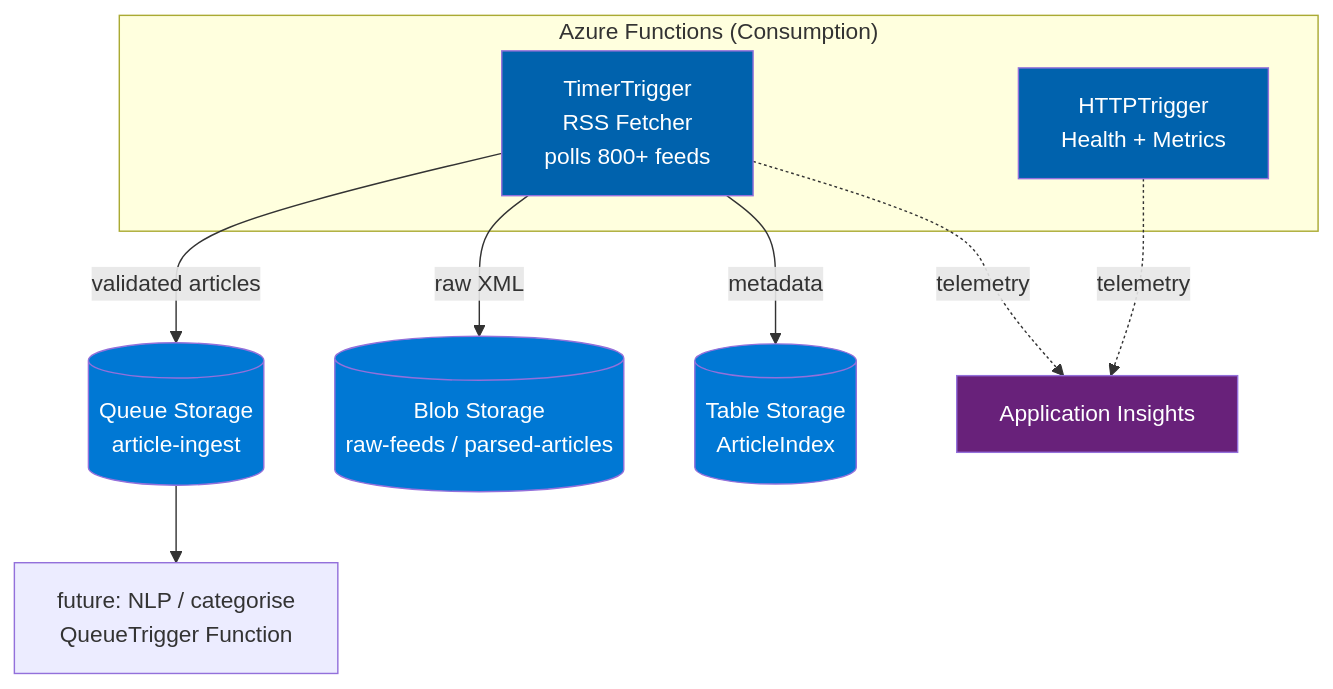
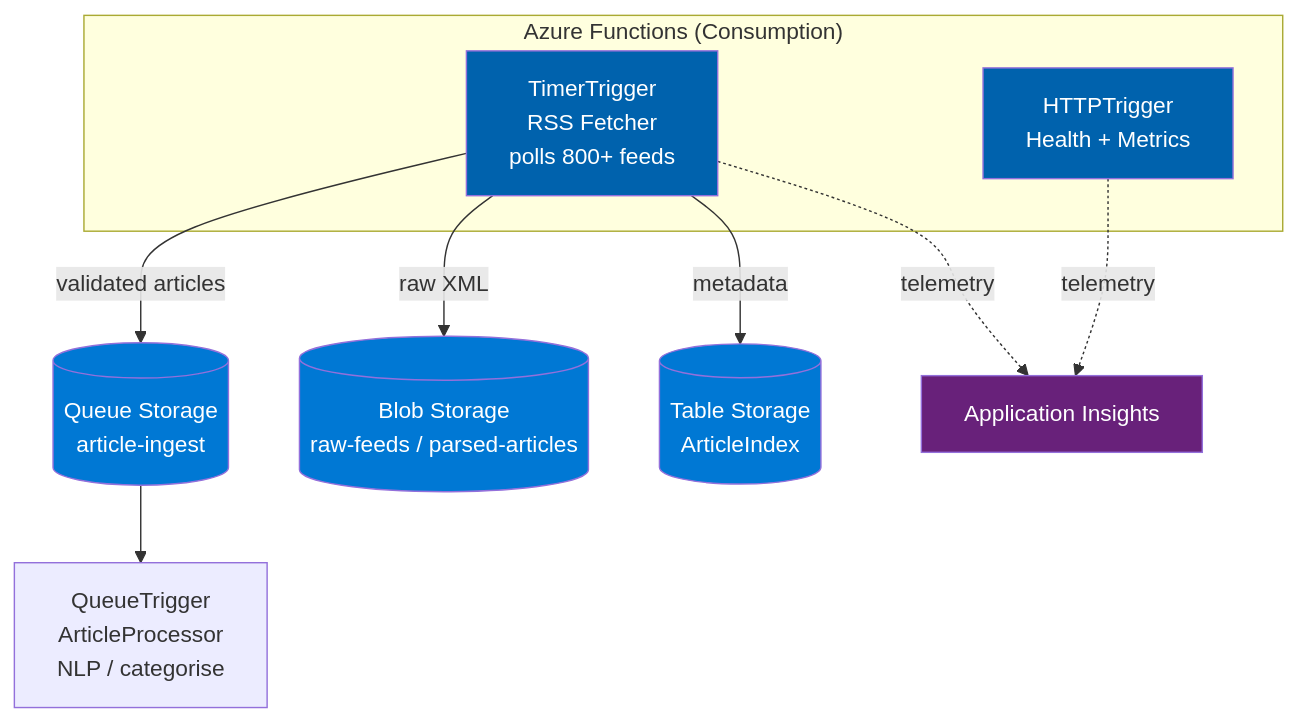
One commit to JepStar990/news-aggregator-azure changed the diagram in README.md. Above: the diagram before and after it, drawn with Mermaid. The commit also changed other lines of this file and 6 other files, not shown here.

````diff
--- a/README.md
+++ b/README.md
@@ -14,22 +14,22 @@
 ```mermaid
 flowchart TB
     subgraph "Azure Functions (Consumption)"
         T["TimerTrigger<br/>RSS Fetcher<br/>polls 800+ feeds"]
         H["HTTPTrigger<br/>Health + Metrics"]
     end
 
     T -->|validated articles| Q[(Queue Storage<br/>article-ingest)]
-    Q --> D["future: NLP / categorise<br/>QueueTrigger Function"]
+    Q --> D["QueueTrigger<br/>ArticleProcessor<br/>NLP / categorise"]
 
     T -->|raw XML| B[(Blob Storage<br/>raw-feeds / parsed-articles)]
     T -->|metadata| TS[(Table Storage<br/>ArticleIndex)]
     T -.->|telemetry| AI[Application Insights]
     H -.->|telemetry| AI
 
     style T fill:#0062AD,color:#fff
     style H fill:#0062AD,color:#fff
     style Q fill:#0078D4,color:#fff
     style B fill:#0078D4,color:#fff
     style TS fill:#0078D4,color:#fff
     style AI fill:#68217A,color:#fff
 ```
````
